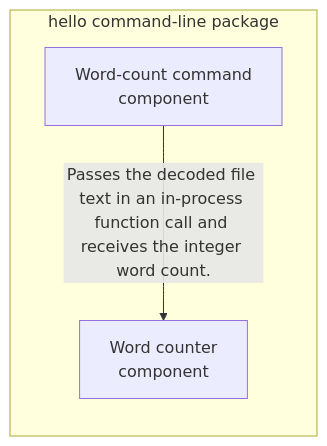
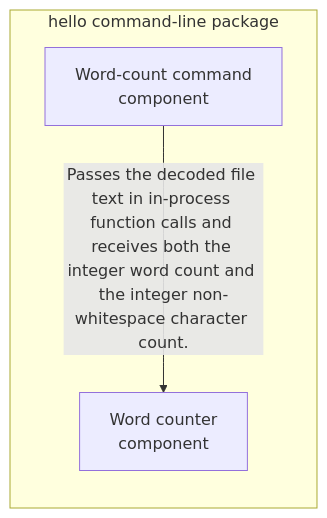
One commit to mcrasso-marsie/hello changed the third of 3 diagrams in docs/architecture.md. Above: the diagram before and after it, drawn with Mermaid. The commit also changed other lines of this file, not shown here.

Commit message:
docs(architecture): apply SPEC-0002 (workflow b0da2784cdf44b778a05adcf56044d61)

````diff
--- a/docs/architecture.md
+++ b/docs/architecture.md
@@ -64,11 +64,11 @@
 ```mermaid
 flowchart LR
 classDef added fill:#c8f7c5,stroke:#2e7d32
 classDef changed fill:#fff3b0,stroke:#b59f00
 classDef removed fill:#f8c8c8,stroke:#c62828
 subgraph hello_cli["hello command-line package"]
   word_count_command["Word-count command<br/>component"]
   word_counter["Word counter<br/>component"]
 end
-word_count_command -->|"Passes the decoded file text in an in-process function call and receives the integer word count."| word_counter
+word_count_command -->|"Passes the decoded file text in in-process function calls and receives both the integer word count and the integer non-whitespace character count."| word_counter
 ```
````
